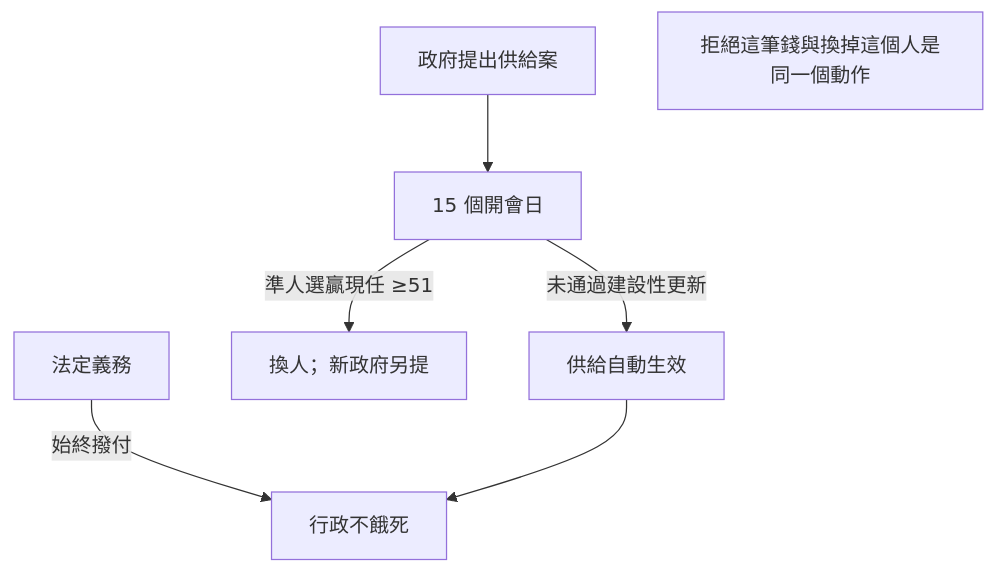
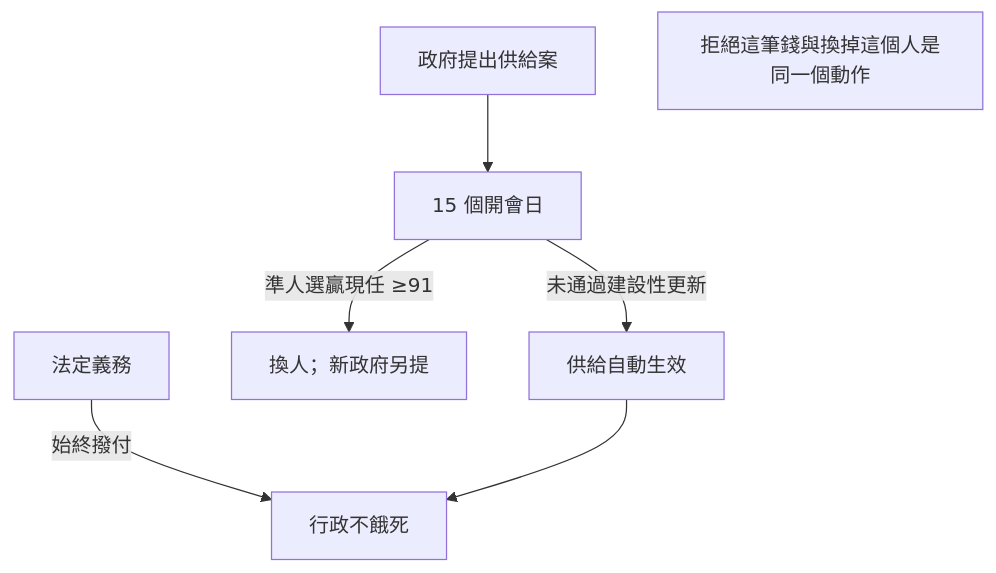
One commit to IRonROOT578/Political-Economy-Research-Public changed the fourth of 12 diagrams in topics/regime-designs/designs/台灣/一院議會制/憲政架構圖.md. Above: the diagram before and after it, drawn with Mermaid. The commit also changed other lines of this file and 241 other files, not shown here.

````diff
--- a/topics/regime-designs/designs/台灣/一院議會制/憲政架構圖.md
+++ b/topics/regime-designs/designs/台灣/一院議會制/憲政架構圖.md
@@ -54,9 +54,9 @@
 ```mermaid
 flowchart TD
   Gov[政府提出供給案] --> Clock[15 個開會日]
   Clock -->|未通過建設性更新| Auto[供給自動生效]
-  Clock -->|準人選贏現任 ≥51| Swap[換人；新政府另提]
+  Clock -->|準人選贏現任 ≥91| Swap[換人；新政府另提]
   Obl[法定義務] -->|始終撥付| Live[行政不餓死]
   Auto --> Live
   Note[拒絕這筆錢與換掉這個人是同一個動作]
 ```
````
